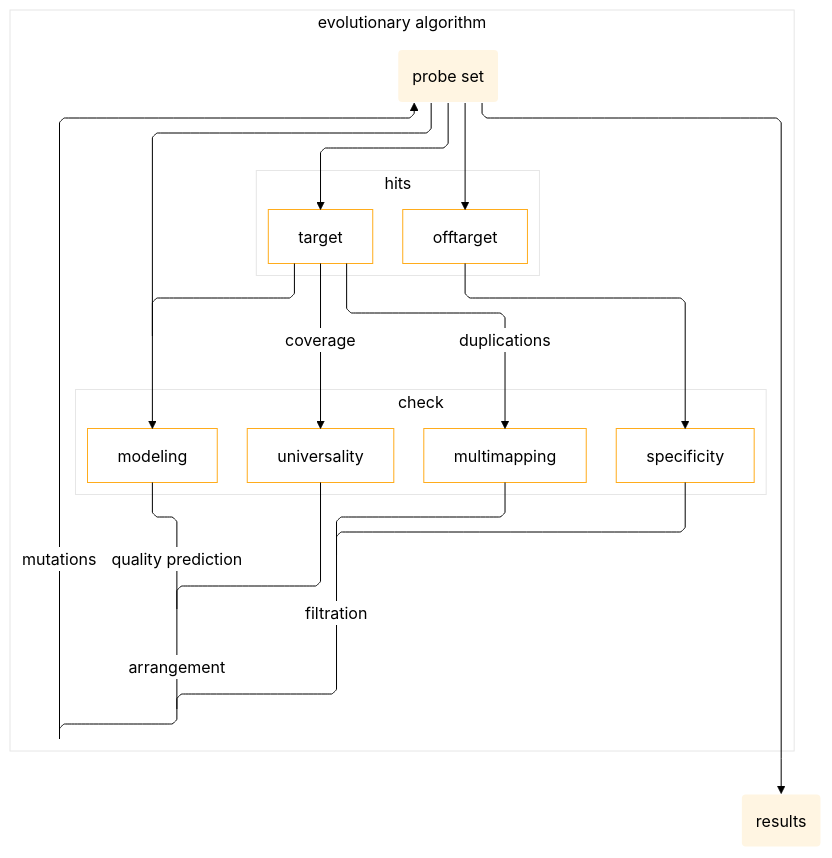
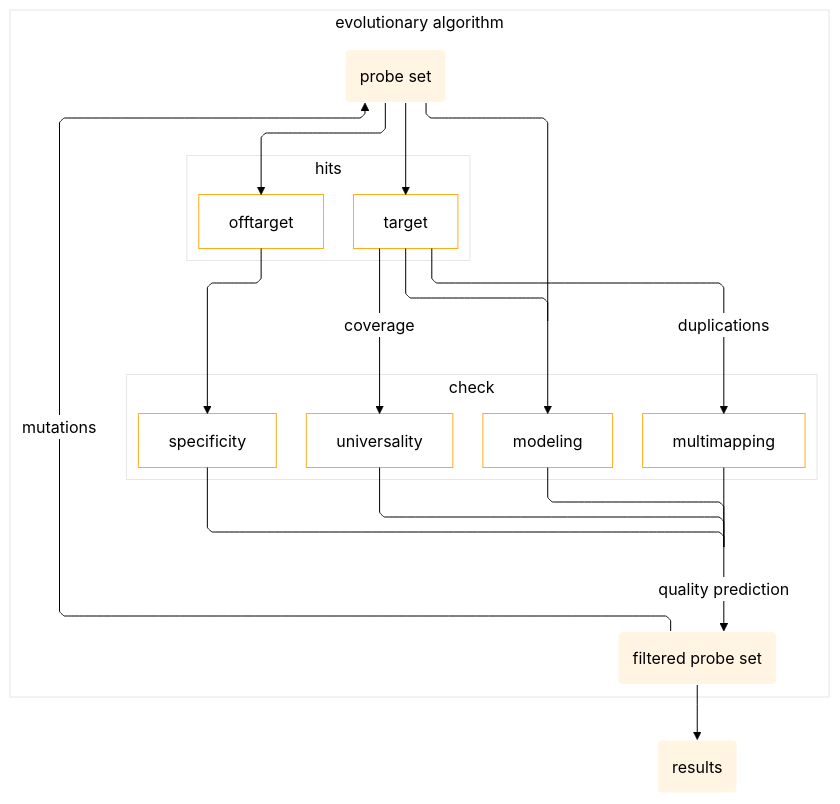
The second of 3 diagrams in README.md (CTLab-ITMO/PROBEst), drawn with Mermaid before and after one commit.

Commit message:
mermaid fix #3

````diff
--- a/README.md
+++ b/README.md
@@ -160,65 +160,62 @@
 ```mermaid
 ---
 config:
   layout: elk
   look: classic
 ---
 %%{init: {
   'theme': 'base',
   'themeVariables': {
     'fontFamily': 'arial',
     'fontSize': '16px',
     'primaryColor': '#fff',
     'primaryBorderColor': '#FFAC1C',
     'primaryTextColor': '#000',
     'lineColor': '#000',
     'secondaryColor': 'white',
     'tertiaryColor': '#fff',
     'subgraphBorderStyle': 'dotted'
   },
   'flowchart': {
     'curve': 'monotoneY',
     'padding': 15
   }
 }}%%
 
 graph TD
-
   subgraph evolutionary algorithm
     subgraph hits
     TP
     TN
     end
 
     B(probe set):::probe --> TP[target]
     B --> TN[offtarget]
 
     TP -- coverage --> T6[universality]
     TP -- duplications --> T7[multimapping]
     TN ---> T8[specificity]
 
     subgraph check
     T6
     T7
     T8
     M1
     end
 
     B --- E6[ ]:::empty --> M1[modeling]
     TP --- E6
 
-    M1 -- quality prediction --- E5
-    T7 --- E3[ ]:::empty
+    M1 --- E3[ ]:::empty
+    T6 --- E3
+    T7 --- E3
     T8 --- E3
-    E3 -- filtration --- E4[ ]:::empty
-    T6 --- E5[ ]:::empty
-    E5 -- arrangement --- E4
-    E4 --- T9[ ]:::empty
-    T9 -- mutations --> B
+    E3 -- quality prediction --> B1(filtered probe set):::probe
+    B1 -- mutations --> B
   end
-  B --> T11(results):::probe
+  B1 --> T11(results):::probe
 
   classDef empty width:0px,height:0px;
   classDef input fill:#90EE9020,stroke:#fff,stroke-width:2px,shape:ellipse;
   classDef probe fill:#FFAC1C20,stroke:#fff,stroke-width:2px;
 ```
````
